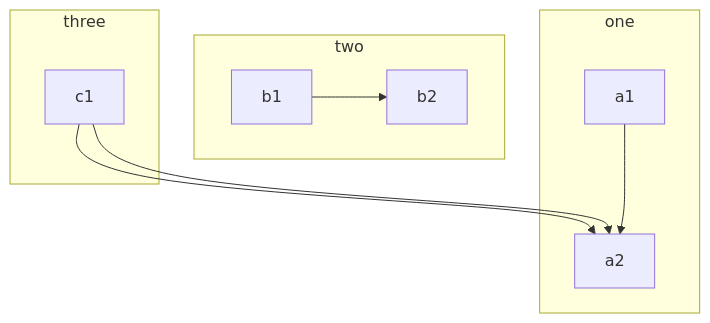
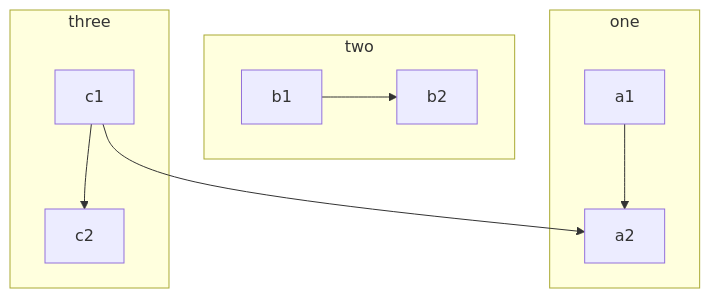
The diagram in slides.md (gerbssusd/dok), drawn with Mermaid before and after one commit.

````diff
--- a/slides.md
+++ b/slides.md
@@ -217,19 +217,19 @@
 ```mermaid
 flowchart TB
     c1-->a2
     subgraph one
     a1-->a2
     end
     subgraph two
     b1-->b2
     end
     subgraph three
-    c1-->a2
+    c1-->c2
     end
 
 
 
 
 
 
 ```
````
